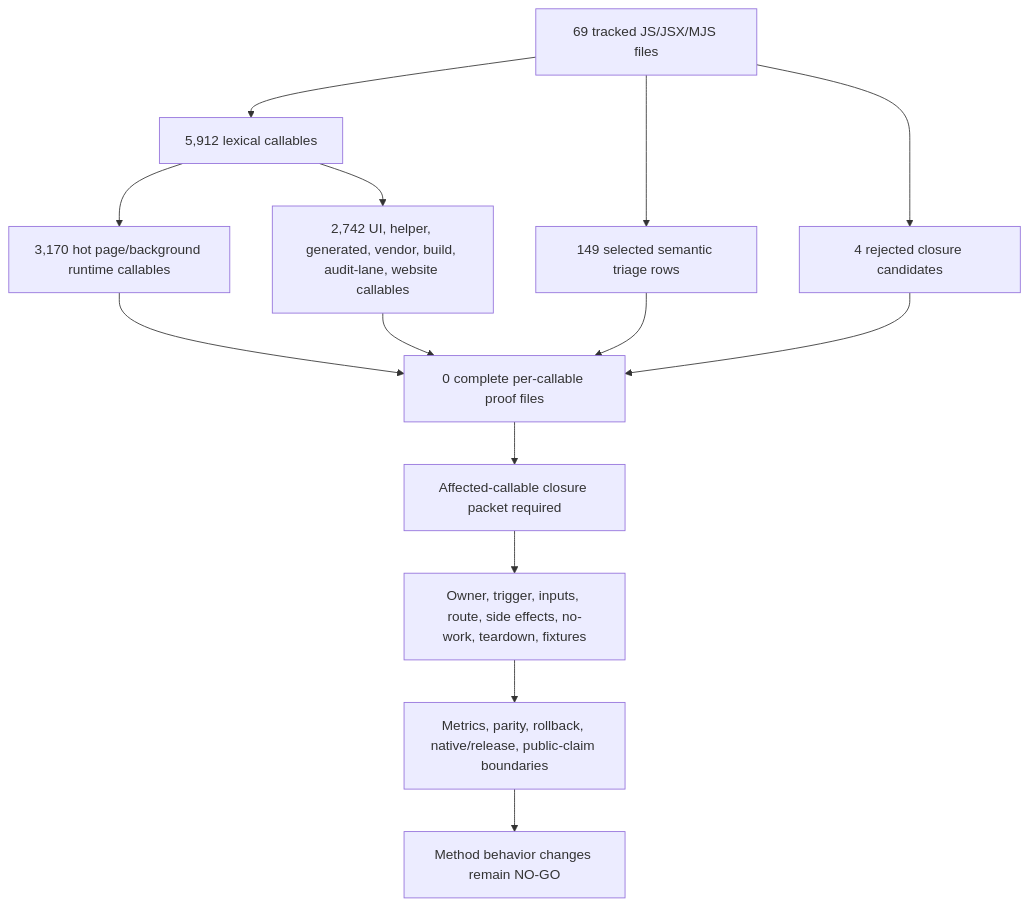
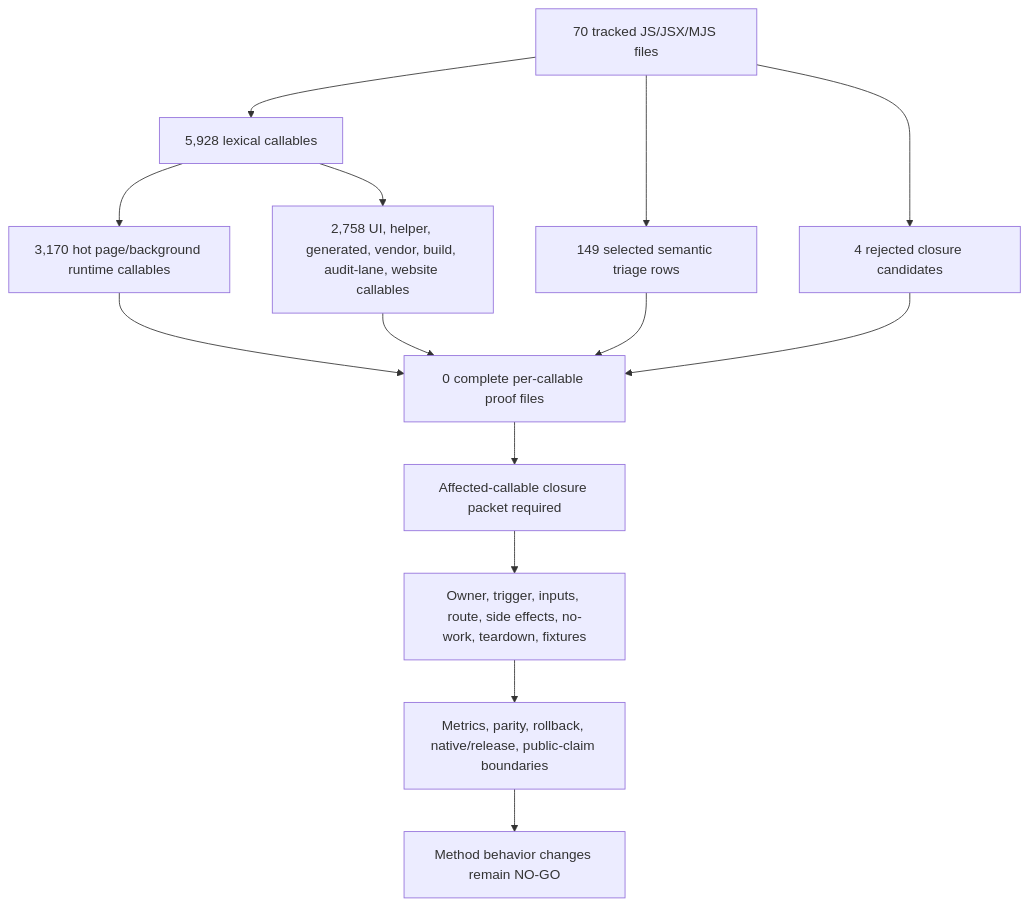
The first of 2 diagrams in docs/audit/FILTERTUBE_METHOD_SEMANTIC_PROOF_GAP_INDEX_CURRENT_BEHAVIOR_2026-05-25.md (varshneydevansh/FilterTube), drawn with Mermaid before and after one commit. The commit also changed other lines of this file and 53 other files, not shown here.

````diff
--- a/docs/audit/FILTERTUBE_METHOD_SEMANTIC_PROOF_GAP_INDEX_CURRENT_BEHAVIOR_2026-05-25.md
+++ b/docs/audit/FILTERTUBE_METHOD_SEMANTIC_PROOF_GAP_INDEX_CURRENT_BEHAVIOR_2026-05-25.md
@@ -144,16 +147,16 @@
 ```mermaid
 flowchart TD
-  A["69 tracked JS/JSX/MJS files"] --> B["5,912 lexical callables"]
+  A["70 tracked JS/JSX/MJS files"] --> B["5,928 lexical callables"]
   B --> C["3,170 hot page/background runtime callables"]
-  B --> D["2,742 UI, helper, generated, vendor, build, audit-lane, website callables"]
+  B --> D["2,758 UI, helper, generated, vendor, build, audit-lane, website callables"]
   A --> E["149 selected semantic triage rows"]
   A --> F["4 rejected closure candidates"]
   C --> G["0 complete per-callable proof files"]
   D --> G
   E --> G
   F --> G
   G --> H["Affected-callable closure packet required"]
   H --> I["Owner, trigger, inputs, route, side effects, no-work, teardown, fixtures"]
   I --> J["Metrics, parity, rollback, native/release, public-claim boundaries"]
   J --> K["Method behavior changes remain NO-GO"]
 ```
````
